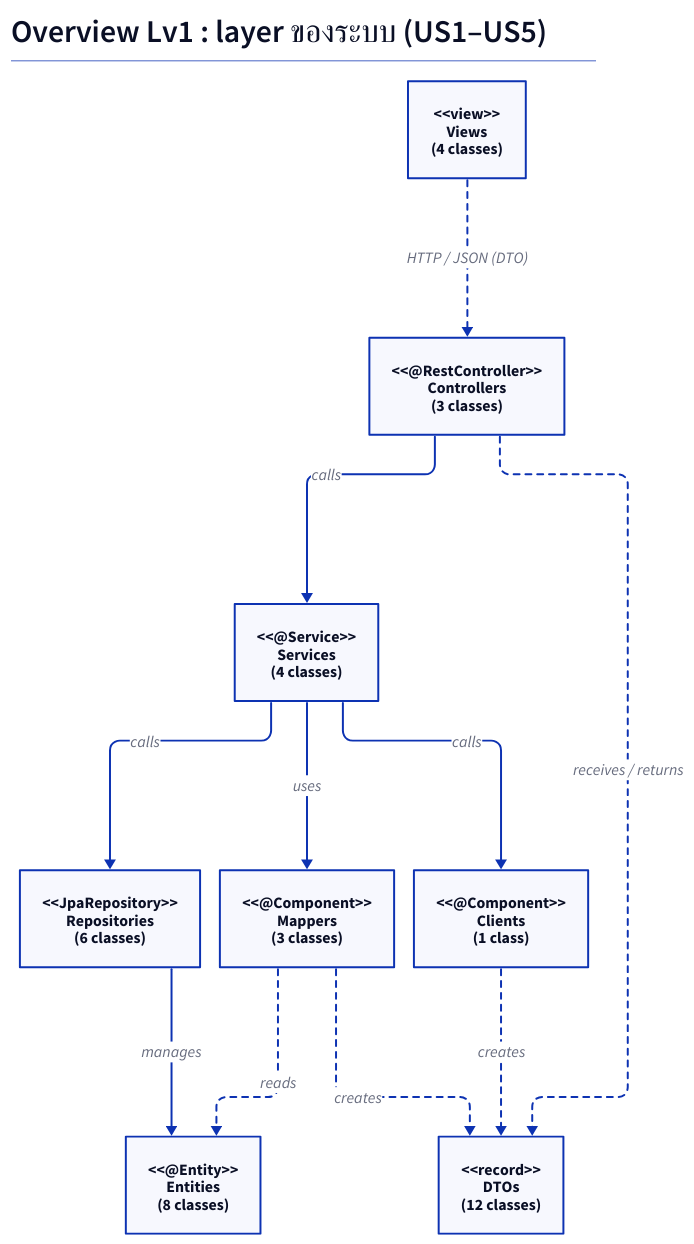
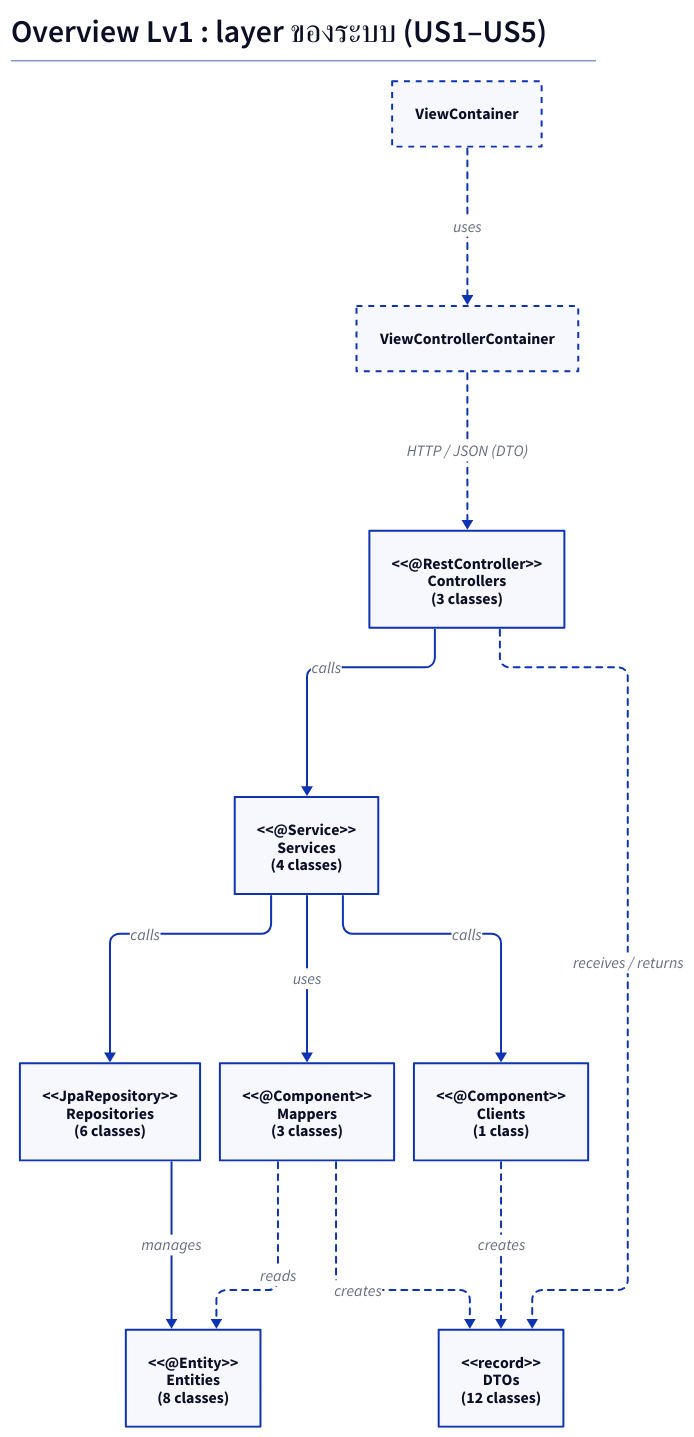
The diagram in docs/Diagrams/ClassesDiagrams/OverviewLv1.d2 (Saranwich/CS261), drawn with D2 before and after one commit. The commit also changed 23 other files, not shown here.

Commit message:
refactor(diagrams): replace view classes with view containers

```diff
--- a/docs/Diagrams/ClassesDiagrams/OverviewLv1.d2
+++ b/docs/Diagrams/ClassesDiagrams/OverviewLv1.d2
@@ -1,39 +1,47 @@
 vars: {
     d2-config: {
         layout-engine: elk
     }
 }
 
 title: |md
   # Overview Lv1 : layer ของระบบ (US1–US5)
 | {near: top-center}
 
-Views: "<<view>>\nViews\n(4 classes)"
+ViewContainer: "ViewContainer" {
+    style.stroke-dash: 3
+}
+ViewControllerContainer: "ViewControllerContainer" {
+    style.stroke-dash: 3
+}
 Controllers: "<<@RestController>>\nControllers\n(3 classes)"
 Services: "<<@Service>>\nServices\n(4 classes)"
 Clients: "<<@Component>>\nClients\n(1 class)"
 Mappers: "<<@Component>>\nMappers\n(3 classes)"
 Repositories: "<<JpaRepository>>\nRepositories\n(6 classes)"
 Entities: "<<@Entity>>\nEntities\n(8 classes)"
 DTOs: "<<record>>\nDTOs\n(12 classes)"
 
-Views -> Controllers: "HTTP / JSON (DTO)" {
+ViewContainer -> ViewControllerContainer: uses {
+    style.stroke-dash: 3
+}
+ViewControllerContainer -> Controllers: "HTTP / JSON (DTO)" {
     style.stroke-dash: 3
 }
 Controllers -> Services: calls
 Controllers -> DTOs: "receives / returns" {
     style.stroke-dash: 3
 }
 Services -> Repositories: calls
 Services -> Mappers: uses
 Services -> Clients: calls
 Clients -> DTOs: creates {
     style.stroke-dash: 3
 }
 Mappers -> Entities: reads {
     style.stroke-dash: 3
 }
 Mappers -> DTOs: creates {
     style.stroke-dash: 3
 }
 Repositories -> Entities: manages
```
